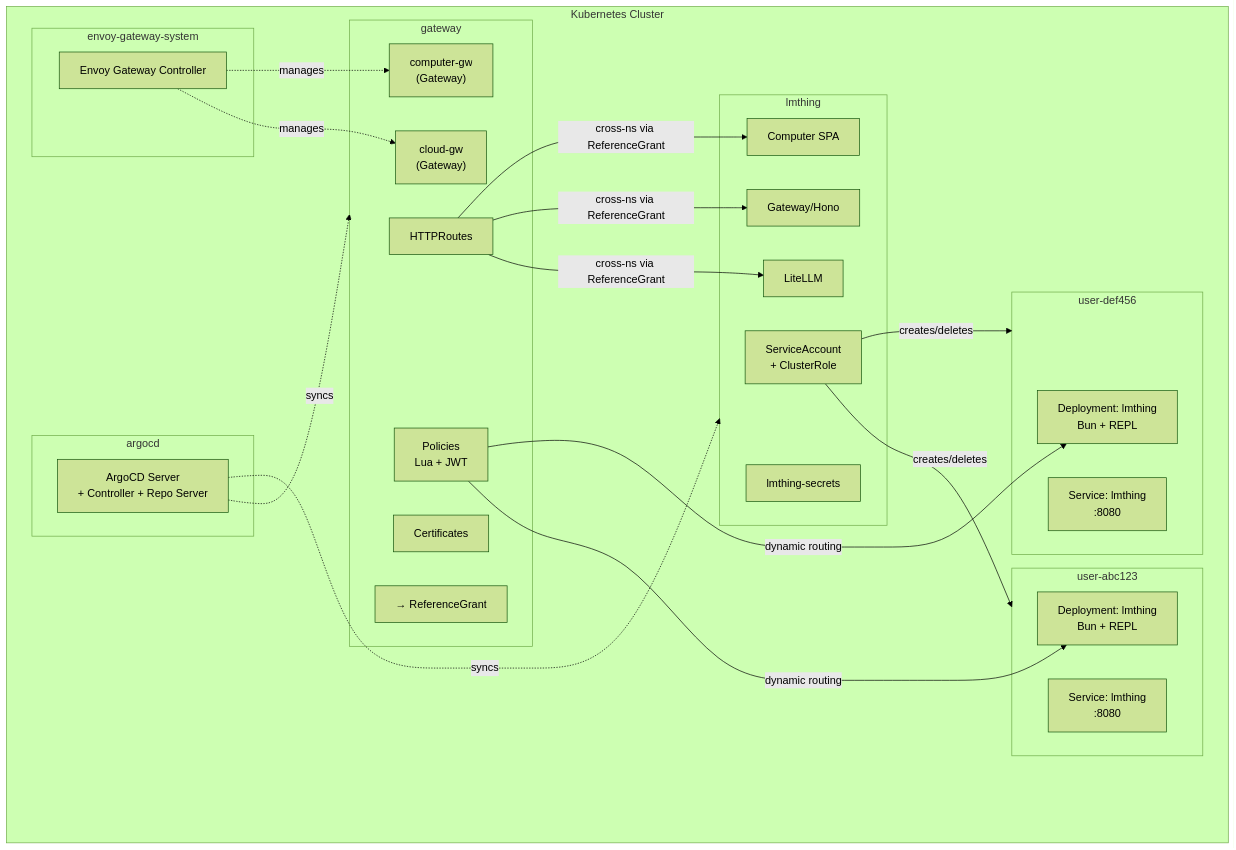
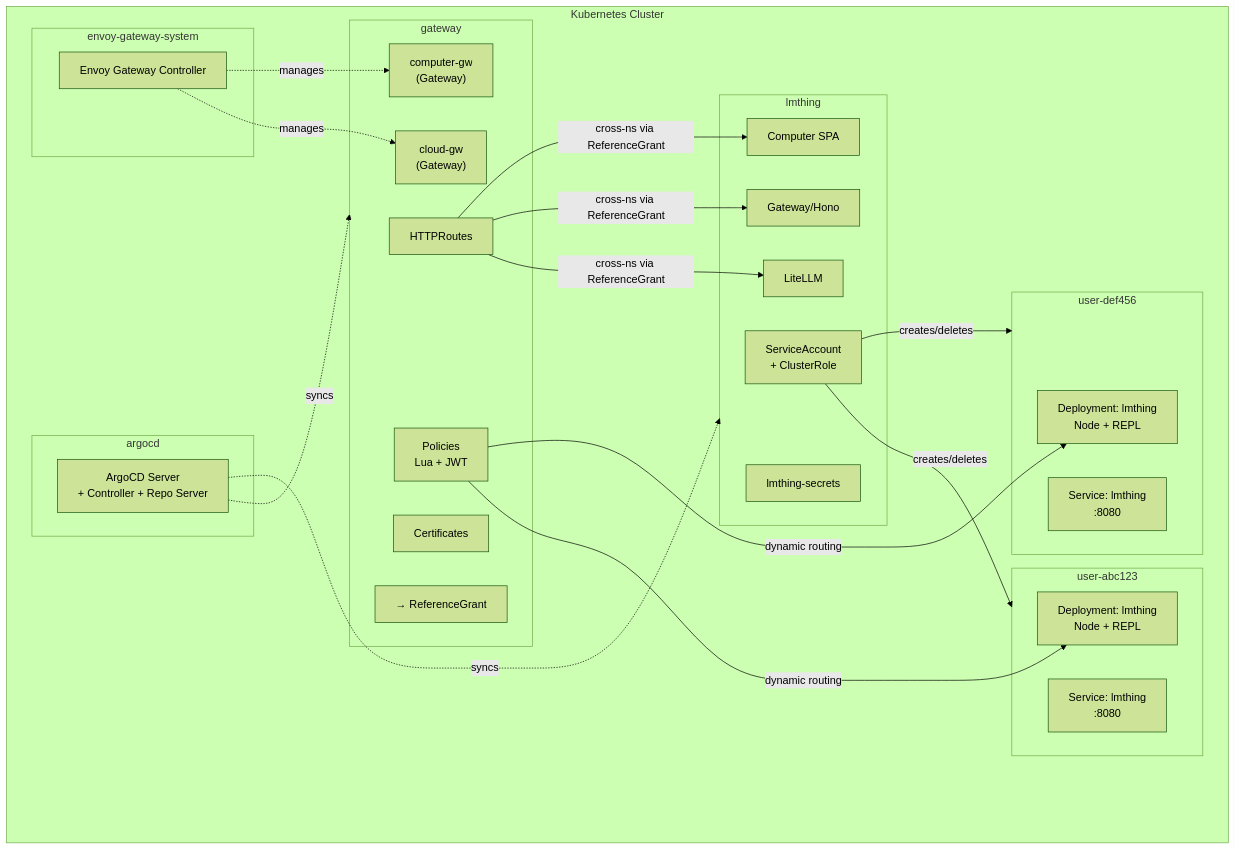
One commit to lmthing/lmthing changed the sixth of 7 diagrams in devops/README.md. Above: the diagram before and after it, drawn with Mermaid (forest theme). The commit also changed other lines of this file and 16 other files, not shown here.

````diff
--- a/devops/README.md
+++ b/devops/README.md
@@ -179,46 +182,46 @@
 ```mermaid
 graph TB
     subgraph Cluster["Kubernetes Cluster"]
         subgraph NS0["argocd"]
             ARGO["ArgoCD Server<br/>+ Controller + Repo Server"]
         end
         subgraph NS1["envoy-gateway-system"]
             EG["Envoy Gateway Controller"]
         end
         subgraph NS2["gateway"]
             GW1["cloud-gw<br/>(Gateway)"]
             GW2["computer-gw<br/>(Gateway)"]
             HR["HTTPRoutes"]
             POL["Policies<br/>Lua + JWT"]
             CERT["Certificates"]
             RG["→ ReferenceGrant"]
         end
         subgraph NS3["lmthing"]
             LL["LiteLLM"]
             HG["Gateway/Hono"]
             CS["Computer SPA"]
             SA["ServiceAccount<br/>+ ClusterRole"]
             SEC["lmthing-secrets"]
         end
         subgraph NS4["user-abc123"]
-            UP1["Deployment: lmthing<br/>Bun + REPL"]
+            UP1["Deployment: lmthing<br/>Node + REPL"]
             US1["Service: lmthing<br/>:8080"]
         end
         subgraph NS5["user-def456"]
-            UP2["Deployment: lmthing<br/>Bun + REPL"]
+            UP2["Deployment: lmthing<br/>Node + REPL"]
             US2["Service: lmthing<br/>:8080"]
         end
     end
 
     ARGO -.->|syncs| NS2
     ARGO -.->|syncs| NS3
     EG -.->|manages| GW1
     EG -.->|manages| GW2
     HR -->|cross-ns via ReferenceGrant| LL
     HR -->|cross-ns via ReferenceGrant| HG
     HR -->|cross-ns via ReferenceGrant| CS
     POL -->|dynamic routing| UP1
     POL -->|dynamic routing| UP2
     SA -->|creates/deletes| NS4
     SA -->|creates/deletes| NS5
 ```
````
